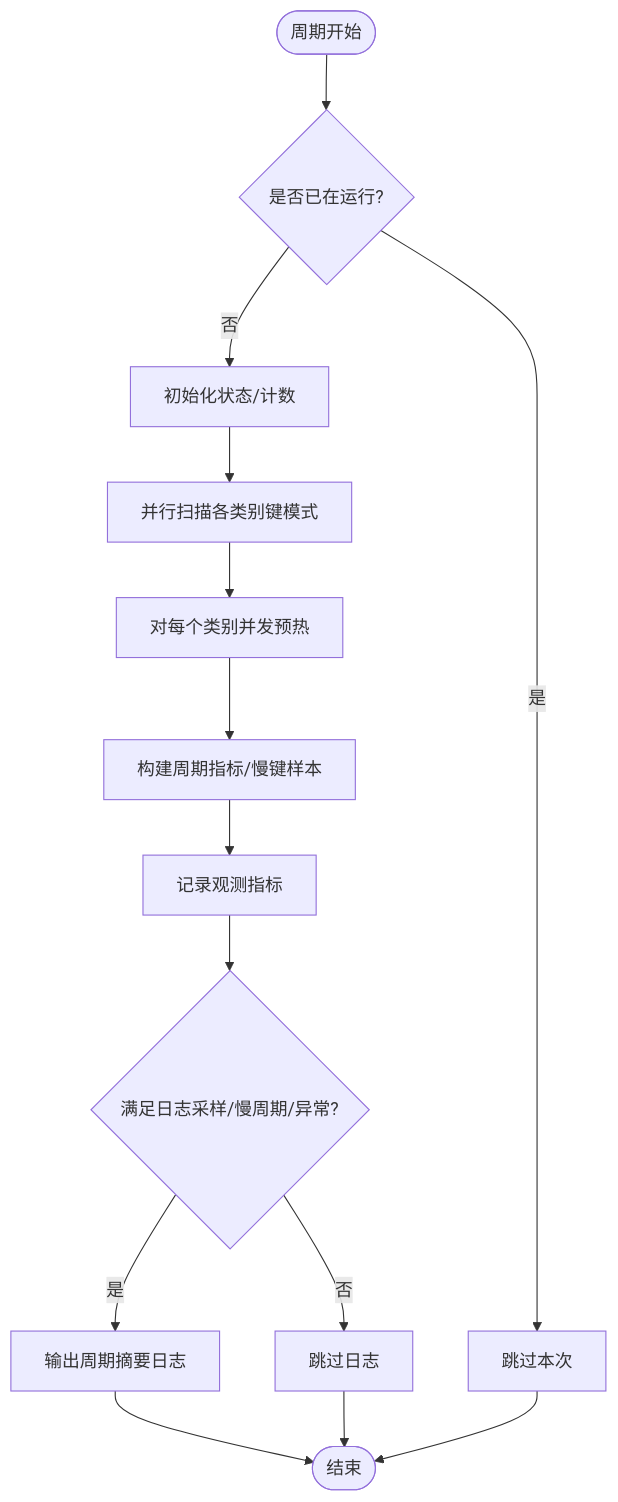
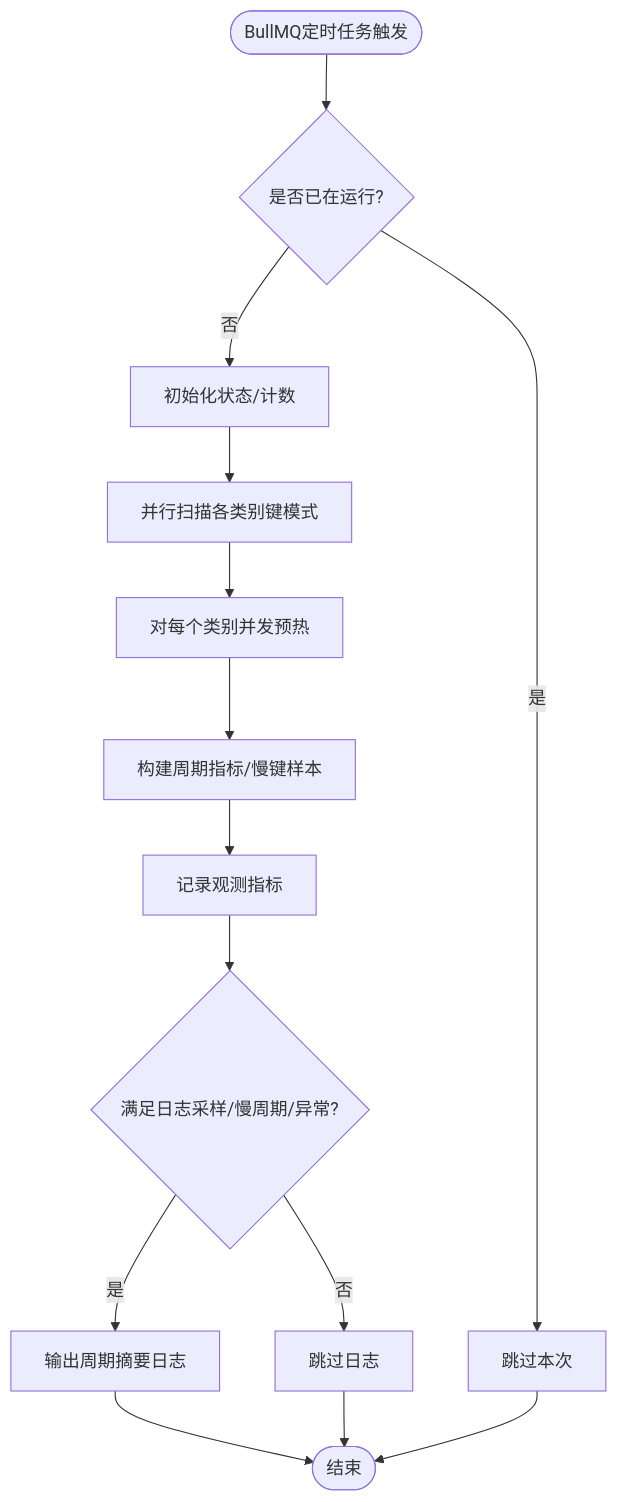
One commit to rc558620/purelyprofit-server changed the third of 10 diagrams in .qoder/repowiki/zh/content/缓存系统/缓存系统.md. Above: the diagram before and after it, drawn with Mermaid. The commit also changed other lines of this file and 25 other files, not shown here.

````diff
--- a/.qoder/repowiki/zh/content/缓存系统/缓存系统.md
+++ b/.qoder/repowiki/zh/content/缓存系统/缓存系统.md
@@ -210,16 +252,16 @@
 ```mermaid
 flowchart TD
-Start(["周期开始"]) --> CheckRunning{"是否已在运行?"}
+Start(["BullMQ定时任务触发"]) --> CheckRunning{"是否已在运行?"}
 CheckRunning --> |是| Exit["跳过本次"]
 CheckRunning --> |否| Init["初始化状态/计数"]
 Init --> Scan["并行扫描各类别键模式"]
 Scan --> PreWarm["对每个类别并发预热"]
 PreWarm --> Metrics["构建周期指标/慢键样本"]
 Metrics --> Record["记录观测指标"]
 Record --> LogCheck{"满足日志采样/慢周期/异常?"}
 LogCheck --> |是| Log["输出周期摘要日志"]
 LogCheck --> |否| Skip["跳过日志"]
 Log --> Done(["结束"])
 Skip --> Done
 Exit --> Done
 ```
````
